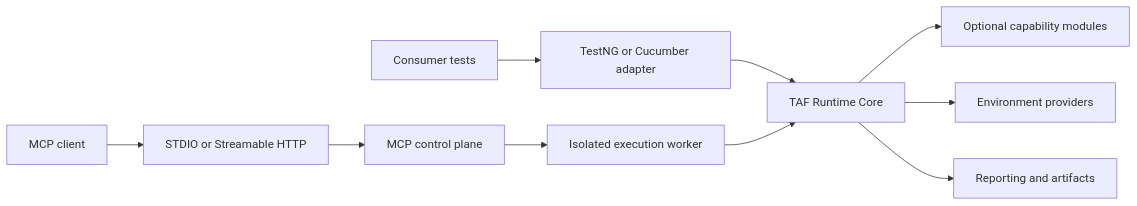
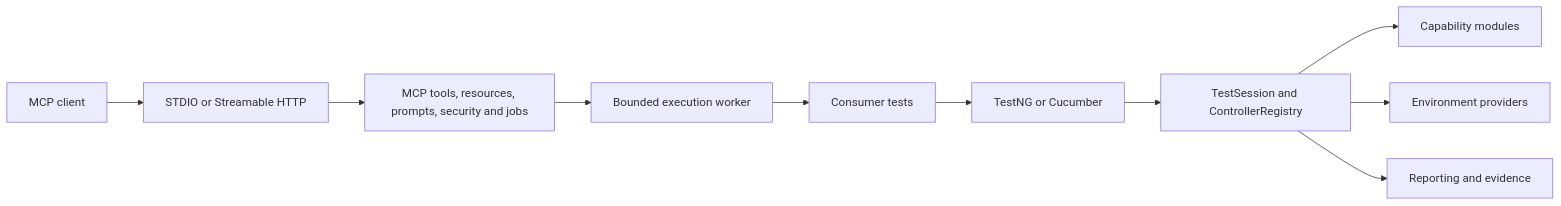
Before and after one commit to codinglair/codinglair-taf: the diagram in docs/architecture/solution-architecture.md, drawn with Mermaid. The commit also changed other lines of this file and 6 other files, not shown here.

Commit message:
feat: Update documentation for Codinglair TAF v1.2.0, including new consumer dependencies, MCP deployment guide, and enhanced architecture overview

````diff
--- a/docs/architecture/solution-architecture.md
+++ b/docs/architecture/solution-architecture.md
@@ -16,12 +17,12 @@
 ```mermaid
 flowchart LR
-    Test[Consumer tests] --> Runner[TestNG or Cucumber adapter]
-    Runner --> Runtime[TAF Runtime Core]
-    Runtime --> Cap[Optional capability modules]
-    Runtime --> Env[Environment providers]
-    Runtime --> Report[Reporting and artifacts]
-    Client[MCP client] --> Transport[STDIO or Streamable HTTP]
-    Transport --> Control[MCP control plane]
-    Control --> Worker[Isolated execution worker]
-    Worker --> Runtime
+  Tests[Consumer tests] --> Runners[TestNG or Cucumber]
+  Runners --> Session[TestSession and ControllerRegistry]
+  Session --> Caps[Capability modules]
+  Session --> Env[Environment providers]
+  Session --> Evidence[Reporting and evidence]
+  Client[MCP client] --> Transport[STDIO or Streamable HTTP]
+  Transport --> MCP[MCP tools, resources, prompts, security and jobs]
+  MCP --> Worker[Bounded execution worker]
+  Worker --> Tests
 ```
````
